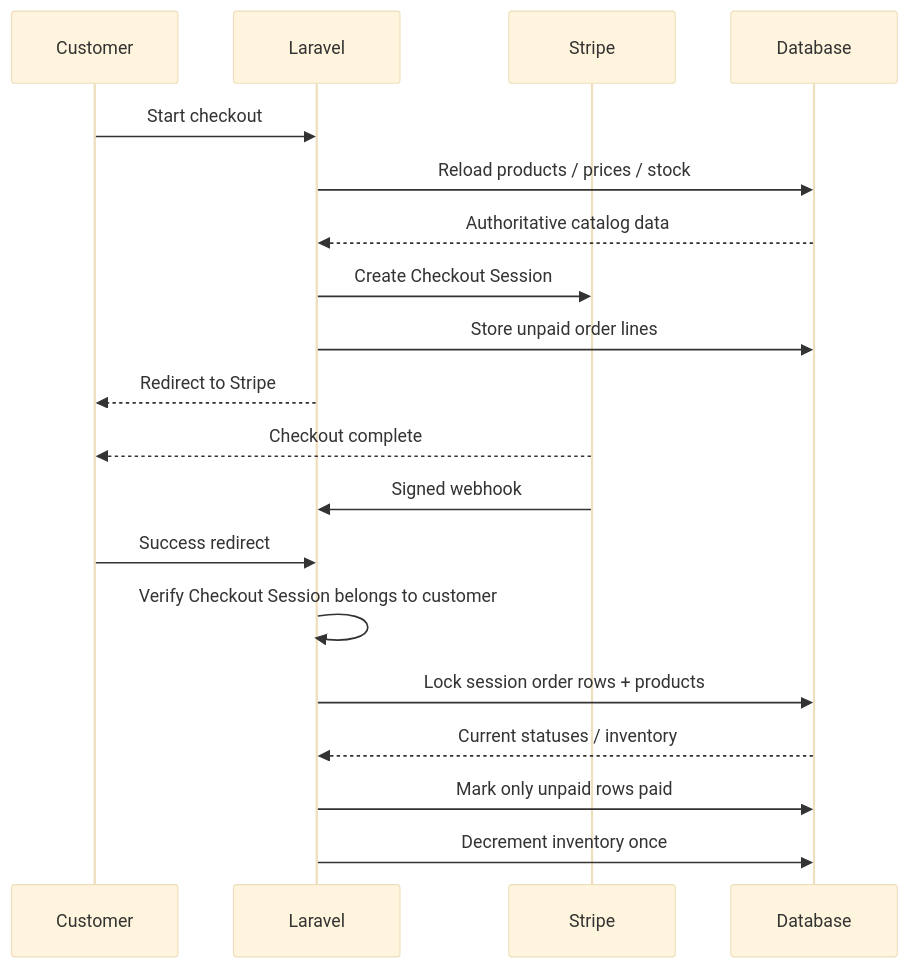
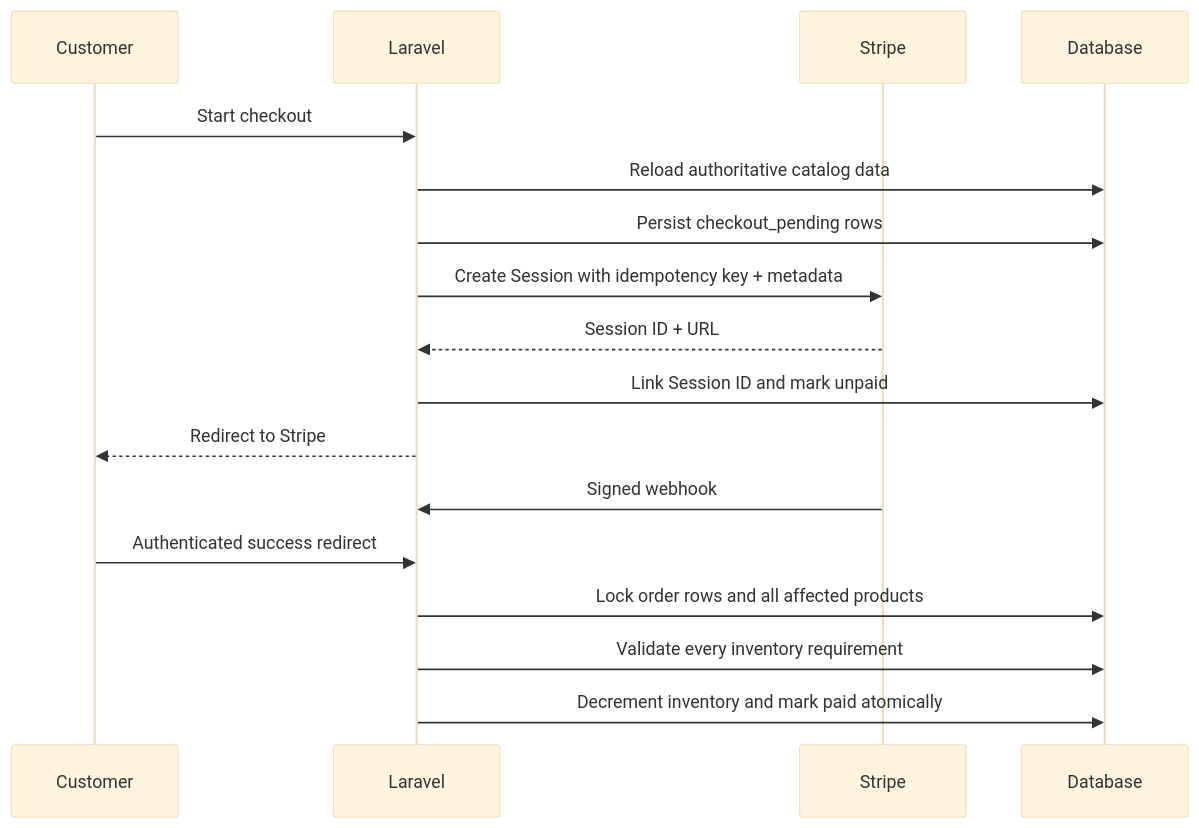
The second of 2 diagrams in docs/PAYMENT-FLOW.md (DagemawiDeveloper/Boldinone), drawn with Mermaid (base theme) before and after one commit. The commit also changed other lines of this file and 33 other files, not shown here.

````diff
--- a/docs/PAYMENT-FLOW.md
+++ b/docs/PAYMENT-FLOW.md
@@ -36,22 +56,20 @@
 ```mermaid
 sequenceDiagram
     participant C as Customer
     participant L as Laravel
     participant S as Stripe
     participant D as Database
 
     C->>L: Start checkout
-    L->>D: Reload products / prices / stock
-    D-->>L: Authoritative catalog data
-    L->>S: Create Checkout Session
-    L->>D: Store unpaid order lines
+    L->>D: Reload authoritative catalog data
+    L->>D: Persist checkout_pending rows
+    L->>S: Create Session with idempotency key + metadata
+    S-->>L: Session ID + URL
+    L->>D: Link Session ID and mark unpaid
     L-->>C: Redirect to Stripe
-    S-->>C: Checkout complete
     S->>L: Signed webhook
-    C->>L: Success redirect
-    L->>L: Verify Checkout Session belongs to customer
-    L->>D: Lock session order rows + products
-    D-->>L: Current statuses / inventory
-    L->>D: Mark only unpaid rows paid
-    L->>D: Decrement inventory once
+    C->>L: Authenticated success redirect
+    L->>D: Lock order rows and all affected products
+    L->>D: Validate every inventory requirement
+    L->>D: Decrement inventory and mark paid atomically
 ```
````
